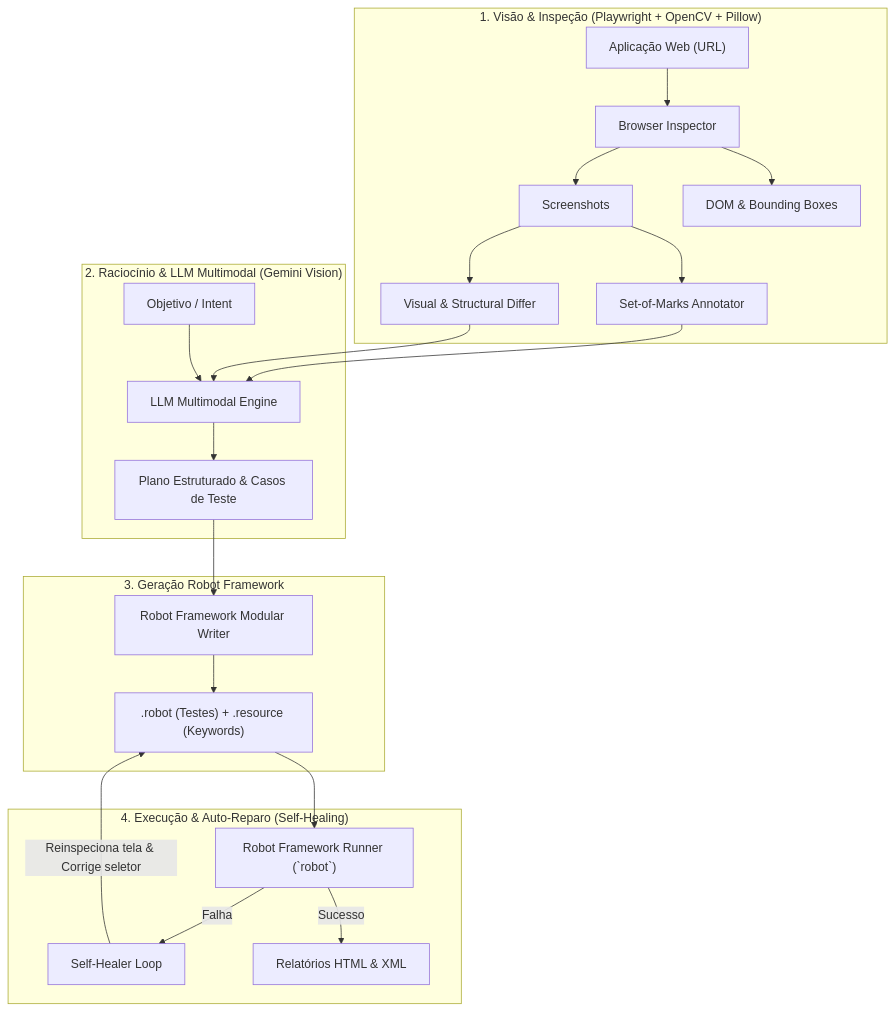
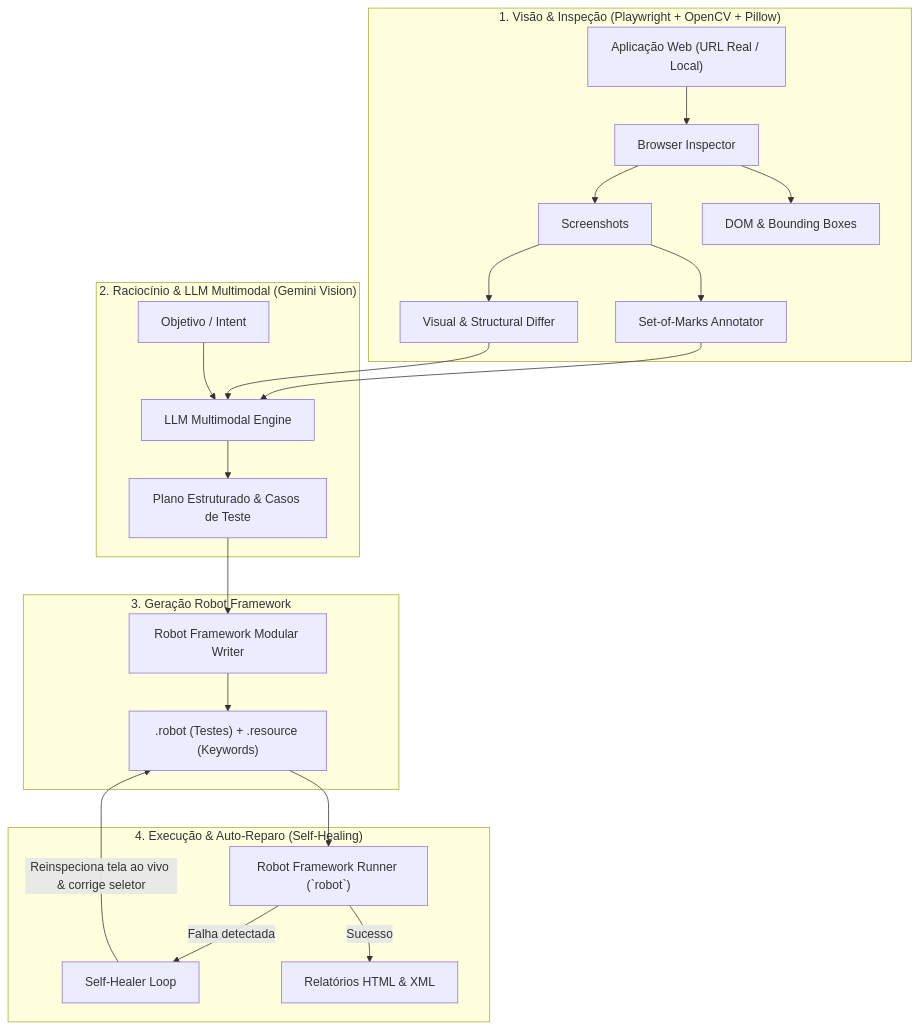
Before and after one commit to marcoswferreira/test-automation-agent: the diagram in README.pt-BR.md, drawn with Mermaid. The commit also changed other lines of this file and 2 other files, not shown here.

````diff
--- a/README.pt-BR.md
+++ b/README.pt-BR.md
@@ -16,29 +16,29 @@
 ```mermaid
 flowchart TD
     subgraph Vision ["1. Visão & Inspeção (Playwright + OpenCV + Pillow)"]
-        Page["Aplicação Web (URL)"] --> Inspector["Browser Inspector"]
+        Page["Aplicação Web (URL Real / Local)"] --> Inspector["Browser Inspector"]
         Inspector --> Screenshots["Screenshots"]
         Inspector --> DOM["DOM & Bounding Boxes"]
         Screenshots --> SoM["Set-of-Marks Annotator"]
         Screenshots --> Differ["Visual & Structural Differ"]
     end
 
     subgraph LLM ["2. Raciocínio & LLM Multimodal (Gemini Vision)"]
         SoM --> LLMClient["LLM Multimodal Engine"]
         Differ --> LLMClient
         UserIntent["Objetivo / Intent"] --> LLMClient
         LLMClient --> StructuredPlan["Plano Estruturado & Casos de Teste"]
     end
 
     subgraph Generation ["3. Geração Robot Framework"]
         StructuredPlan --> RobotWriter["Robot Framework Modular Writer"]
         RobotWriter --> RobotFiles[".robot (Testes) + .resource (Keywords)"]
     end
 
     subgraph Execution ["4. Execução & Auto-Reparo (Self-Healing)"]
         RobotFiles --> Runner["Robot Framework Runner (`robot`)"]
-        Runner -->|Falha| Healer["Self-Healer Loop"]
-        Healer -->|Reinspeciona tela & Corrige seletor| RobotFiles
+        Runner -->|Falha detectada| Healer["Self-Healer Loop"]
+        Healer -->|Reinspeciona tela ao vivo & corrige seletor| RobotFiles
         Runner -->|Sucesso| Reports["Relatórios HTML & XML"]
     end
 ```
````
